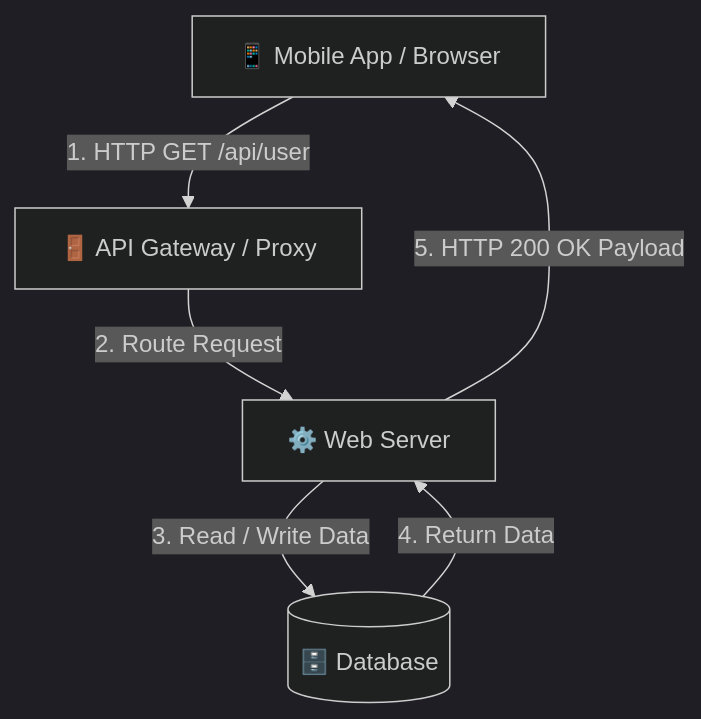
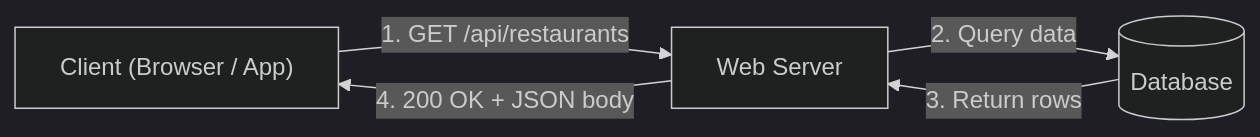
Before and after one commit to mudra16bhandari/systems-field-guide: the diagram in networking/http.md, drawn with Mermaid (dark theme). The commit also changed other lines of this file and 3 other files, not shown here.

````diff
--- a/networking/http.md
+++ b/networking/http.md
@@ -38,8 +104,7 @@
 ```mermaid
-graph TD
-    Client[📱 Mobile App / Browser] -->|1. HTTP GET /api/user| Gateway[🚪 API Gateway / Proxy]
-    Gateway -->|2. Route Request| App[⚙️ Web Server]
-    App -->|3. Read / Write Data| DB[(🗄️ Database)]
-    DB -->|4. Return Data| App
-    App -->|5. HTTP 200 OK Payload| Client
+graph LR
+    Client["Client (Browser / App)"] -->|"1. GET /api/restaurants"| Server["Web Server"]
+    Server -->|"2. Query data"| DB[(Database)]
+    DB -->|"3. Return rows"| Server
+    Server -->|"4. 200 OK + JSON body"| Client
 ```
````
